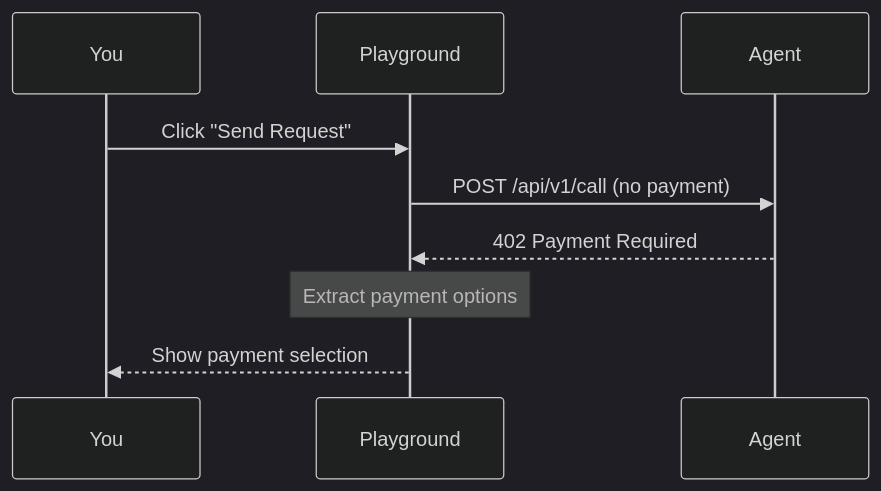
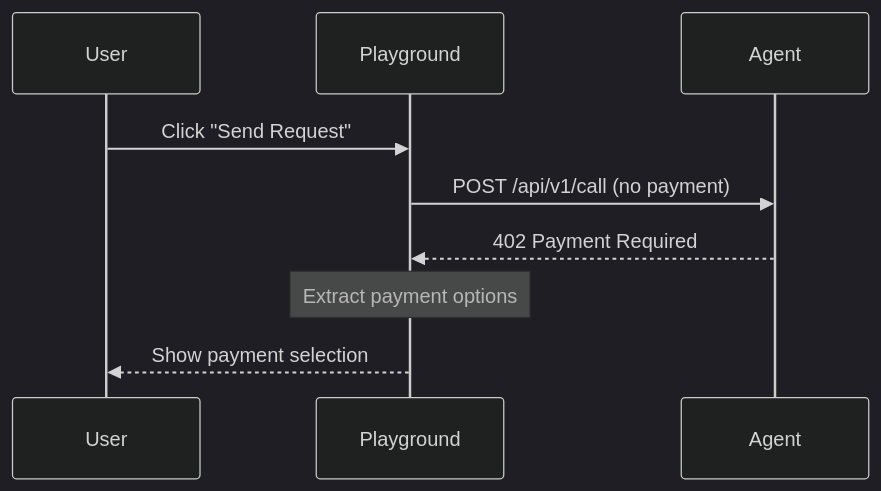
One commit to Agentokratia/docs changed the second of 5 diagrams in marketplace/playground.mdx. Above: the diagram before and after it, drawn with Mermaid (dark theme). The commit also changed other lines of this file and 6 other files, not shown here.

````diff
--- a/marketplace/playground.mdx
+++ b/marketplace/playground.mdx
@@ -117,12 +90,12 @@
 ```mermaid
 sequenceDiagram
-    participant You
+    participant User
     participant Playground
     participant Agent
 
-    You->>Playground: Click "Send Request"
+    User->>Playground: Click "Send Request"
     Playground->>Agent: POST /api/v1/call (no payment)
     Agent-->>Playground: 402 Payment Required
     Note over Playground: Extract payment options
-    Playground-->>You: Show payment selection
+    Playground-->>User: Show payment selection
 ```
````
